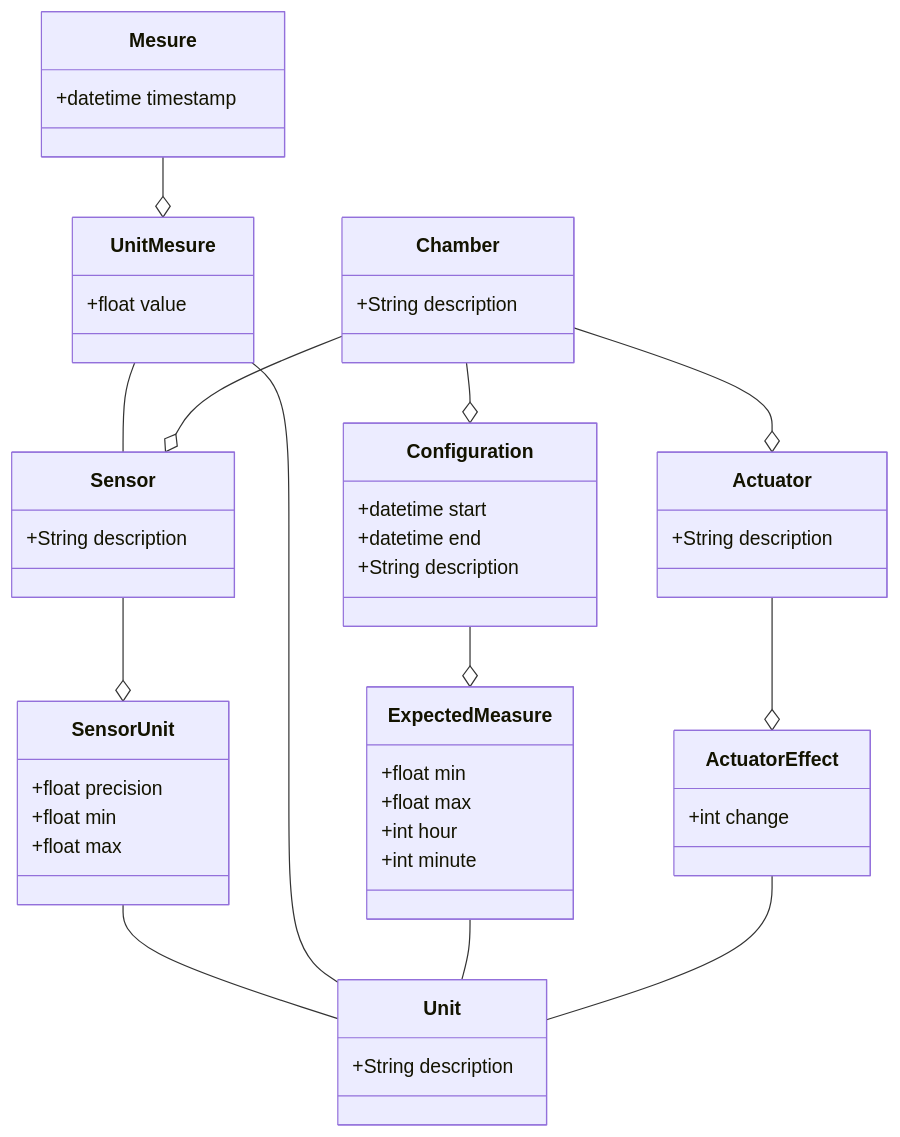
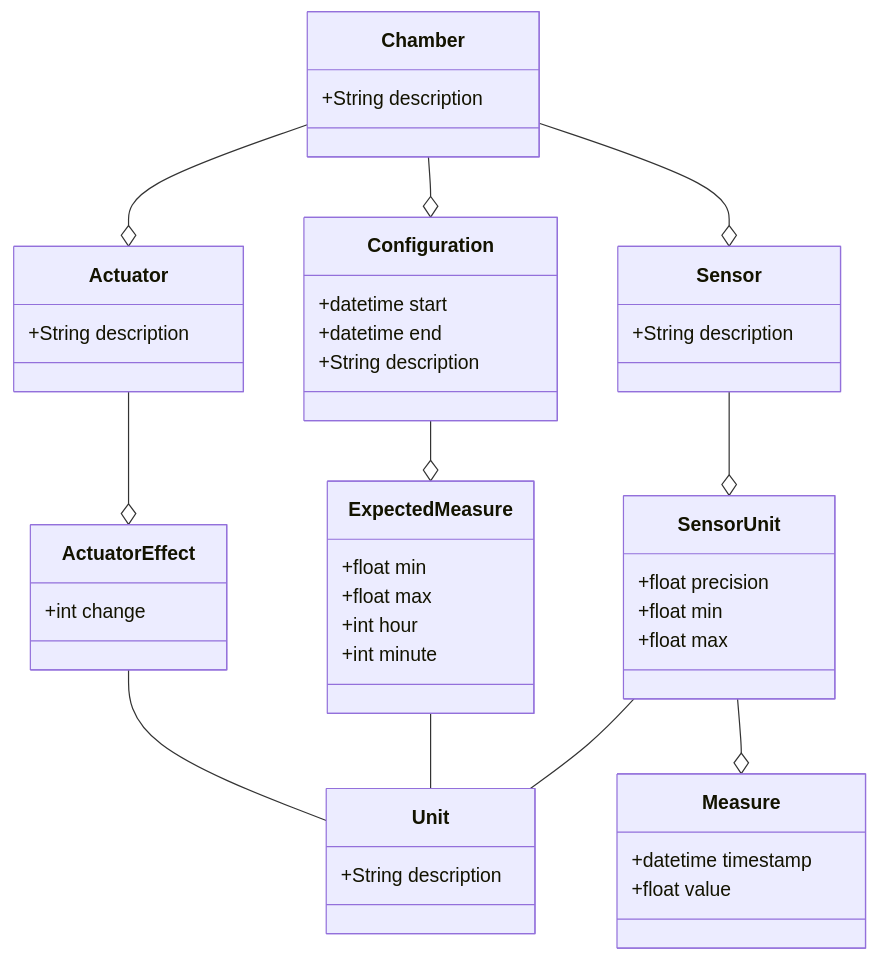
Before and after one commit to GrowCab/GC_database: the diagram in docs/database_design.md, drawn with Mermaid. The commit also changed 1 other file, not shown here.

Commit message:
A couple of modifications to simplify the schema
Finished mapping the models to the schema, the DB should be created correctly now.

````diff
--- a/docs/database_design.md
+++ b/docs/database_design.md
@@ -1,60 +1,57 @@
 ```mermaid
 classDiagram
 
 class Sensor{
     +String description
 }
 
 class SensorUnit{
     +float precision
     +float min
     +float max
 }
 
 class Unit{
     +String description
 }
 
-class Mesure{
+class Measure{
     +datetime timestamp
-}
-class UnitMesure{
     +float value
 }
+
 class ExpectedMeasure{
     +float min
     +float max
     +int hour
     +int minute
 }
 class Configuration{
     +datetime start
     +datetime end
     +String description
 }
 class Chamber{
     +String description
 }
 
 class Actuator{
     +String description
 }
 
 class ActuatorEffect{
     +int change
 }
 
 Sensor --o SensorUnit
 SensorUnit -- Unit
-UnitMesure -- Unit
-UnitMesure -- Sensor
-Mesure --o UnitMesure
+SensorUnit --o Measure
 ExpectedMeasure -- Unit
 Configuration --o ExpectedMeasure
 Chamber --o Configuration
 Chamber --o Sensor
 Chamber --o Actuator
 Actuator --o ActuatorEffect
 ActuatorEffect -- Unit
 
 ```
````
